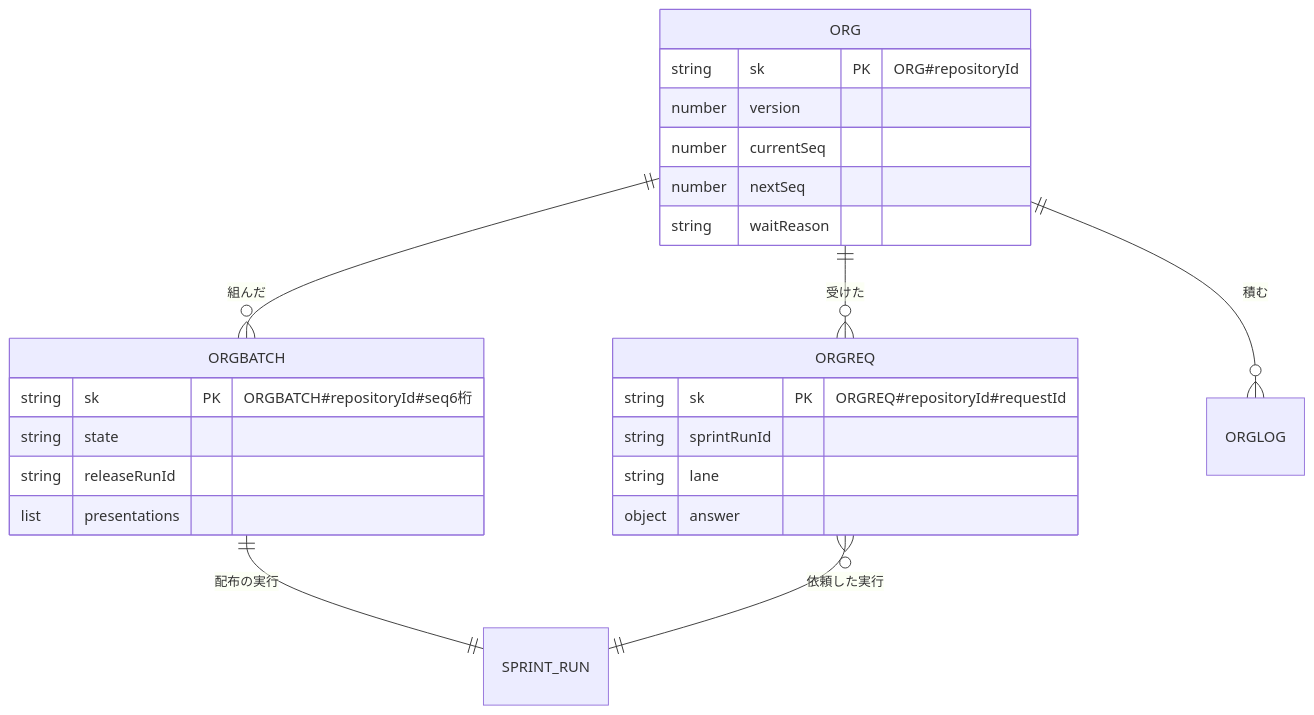
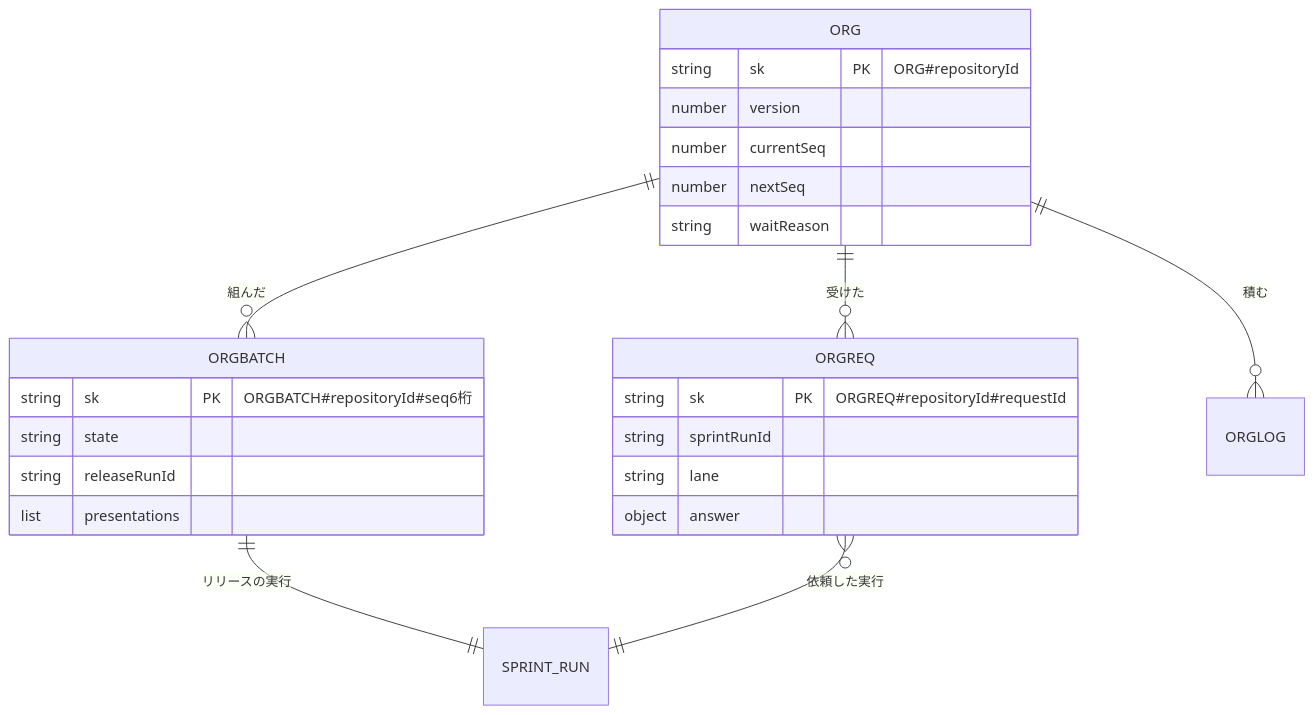
The diagram in docs/specifications/ndf-factory-organizer-data-and-contracts.md (devbasex/ai-plugins), drawn with Mermaid before and after one commit. The commit also changed other lines of this file and 79 other files, not shown here.

````diff
--- a/docs/specifications/ndf-factory-organizer-data-and-contracts.md
+++ b/docs/specifications/ndf-factory-organizer-data-and-contracts.md
@@ -11,27 +11,27 @@
 ```mermaid
 erDiagram
     ORG ||--o{ ORGREQ : "受けた"
     ORG ||--o{ ORGBATCH : "組んだ"
     ORG ||--o{ ORGLOG : "積む"
-    ORGBATCH ||--|| SPRINT_RUN : "配布の実行"
+    ORGBATCH ||--|| SPRINT_RUN : "リリースの実行"
     ORGREQ }o--|| SPRINT_RUN : "依頼した実行"
     ORG {
         string sk PK "ORG#repositoryId"
         number version
         number currentSeq
         number nextSeq
         string waitReason
     }
     ORGREQ {
         string sk PK "ORGREQ#repositoryId#requestId"
         string sprintRunId
         string lane
         object answer
     }
     ORGBATCH {
         string sk PK "ORGBATCH#repositoryId#seq6桁"
         string state
         string releaseRunId
         list presentations
     }
 ```
````
